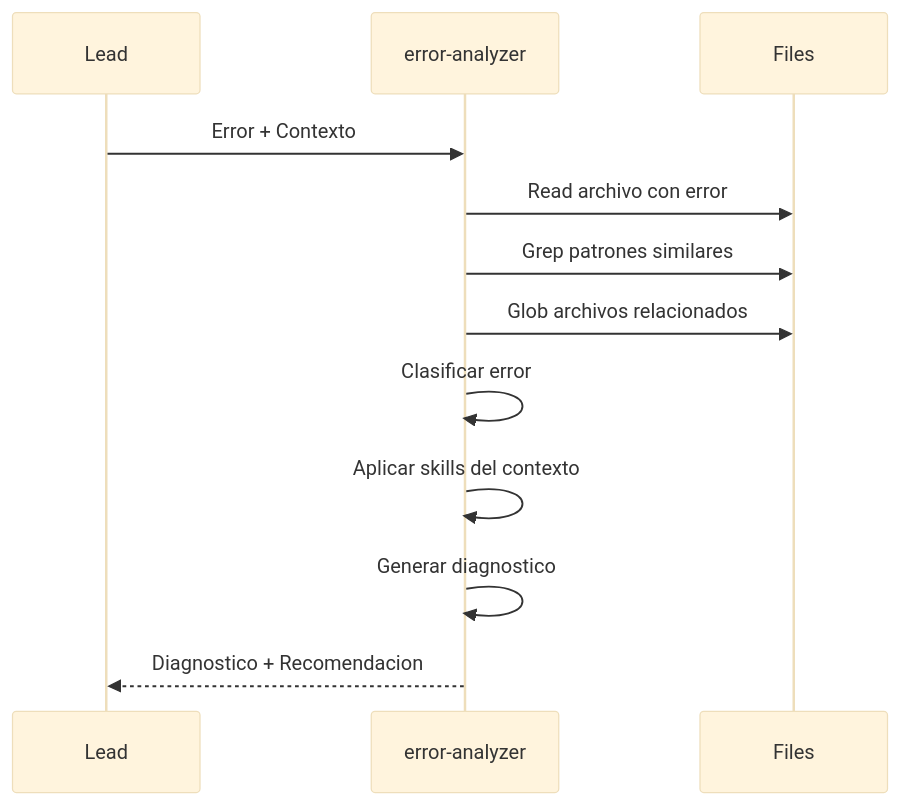
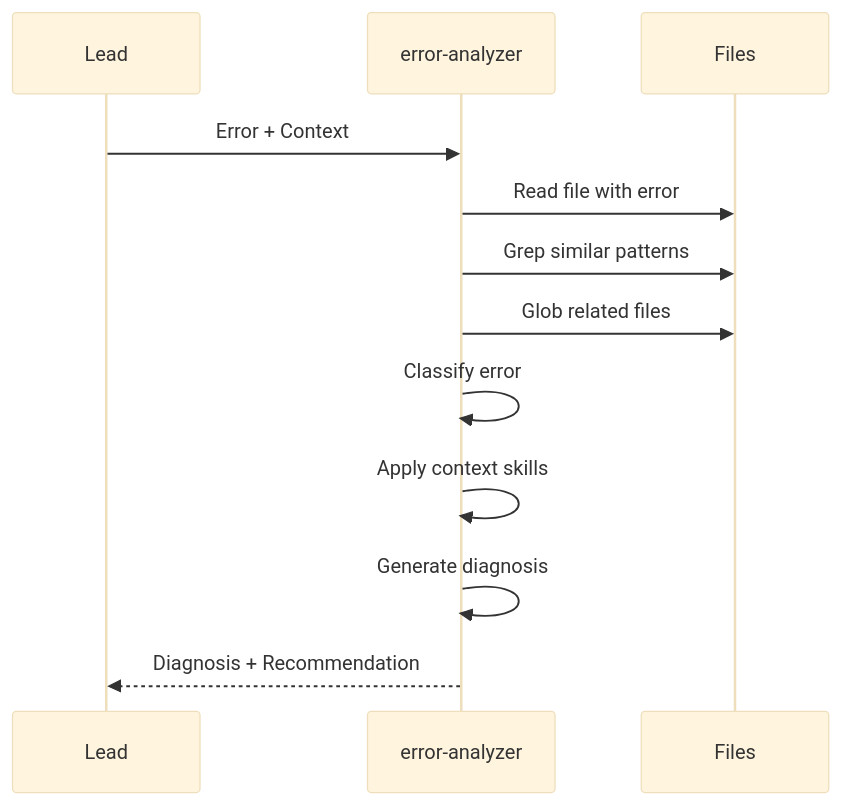
Before and after one commit to MaciWP/claude-code-poneglyph: the second of 2 diagrams in .claude/agents/error-analyzer.md, drawn with Mermaid (base theme). The commit also changed other lines of this file and 6 other files, not shown here.

````diff
--- a/.claude/agents/error-analyzer.md
+++ b/.claude/agents/error-analyzer.md
@@ -100,15 +100,15 @@
 ```mermaid
 sequenceDiagram
     participant L as Lead
     participant EA as error-analyzer
     participant F as Files
 
-    L->>EA: Error + Contexto
-    EA->>F: Read archivo con error
-    EA->>F: Grep patrones similares
-    EA->>F: Glob archivos relacionados
-    EA->>EA: Clasificar error
-    EA->>EA: Aplicar skills del contexto
-    EA->>EA: Generar diagnostico
-    EA-->>L: Diagnostico + Recomendacion
+    L->>EA: Error + Context
+    EA->>F: Read file with error
+    EA->>F: Grep similar patterns
+    EA->>F: Glob related files
+    EA->>EA: Classify error
+    EA->>EA: Apply context skills
+    EA->>EA: Generate diagnosis
+    EA-->>L: Diagnosis + Recommendation
 ```
````
